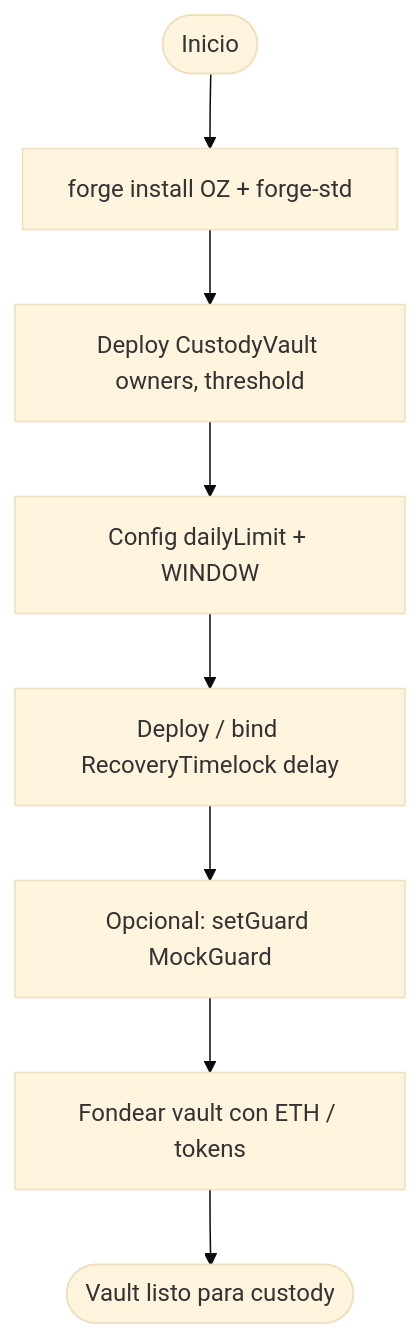
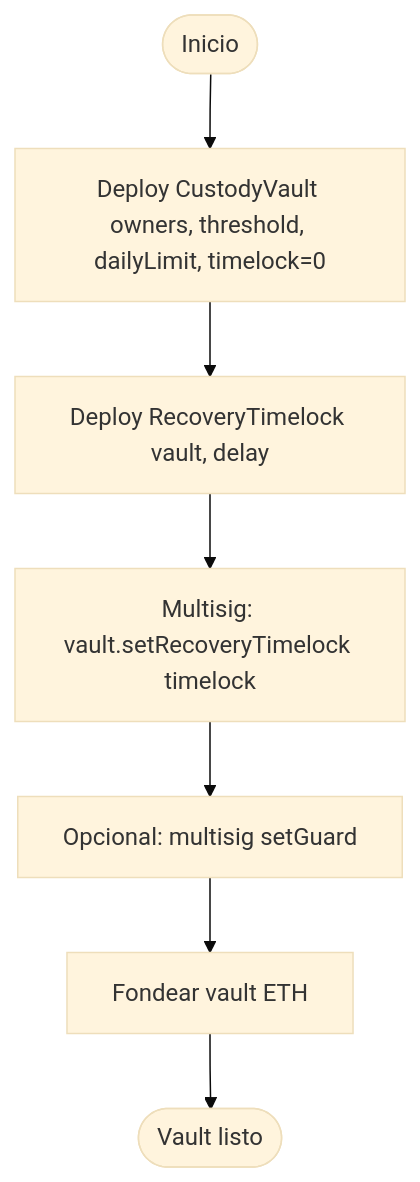
One commit to rastrahm/institutional-custody-mpc changed the first of 6 diagrams in doc/flujograma.md. Above: the diagram before and after it, drawn with Mermaid (base theme). The commit also changed other lines of this file and 12 other files, not shown here.

````diff
--- a/doc/flujograma.md
+++ b/doc/flujograma.md
@@ -23,10 +22,9 @@
 ```mermaid
 flowchart TD
-    Start([Inicio]) --> Deps[forge install OZ + forge-std]
-    Deps --> Vault[Deploy CustodyVault owners, threshold]
-    Vault --> Limit[Config dailyLimit + WINDOW]
-    Limit --> TL[Deploy / bind RecoveryTimelock delay]
-    TL --> Guard[Opcional: setGuard MockGuard]
-    Guard --> Fund[Fondear vault con ETH / tokens]
-    Fund --> Ready([Vault listo para custody])
+    Start([Inicio]) --> V[Deploy CustodyVault owners, threshold, dailyLimit, timelock=0]
+    V --> T[Deploy RecoveryTimelock vault, delay]
+    T --> Bind[Multisig: vault.setRecoveryTimelock timelock]
+    Bind --> GuardOpt[Opcional: multisig setGuard]
+    GuardOpt --> Fund[Fondear vault ETH]
+    Fund --> Ready([Vault listo])
 ```
````
